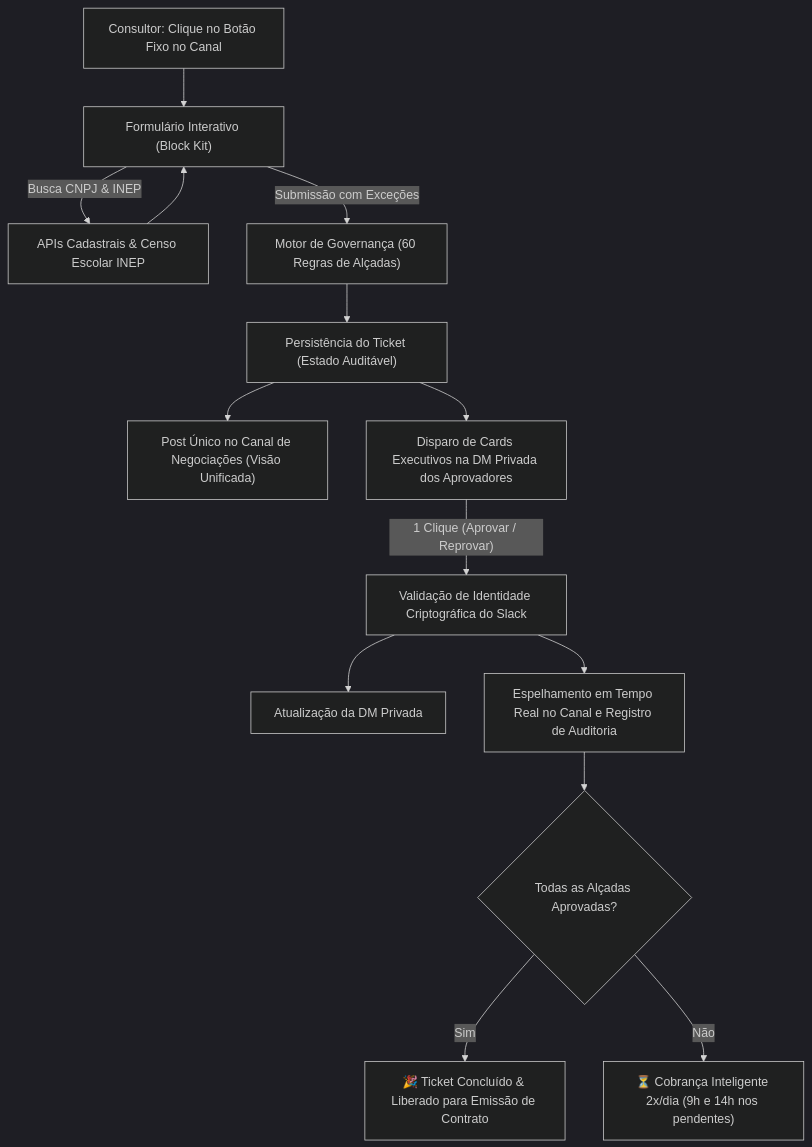
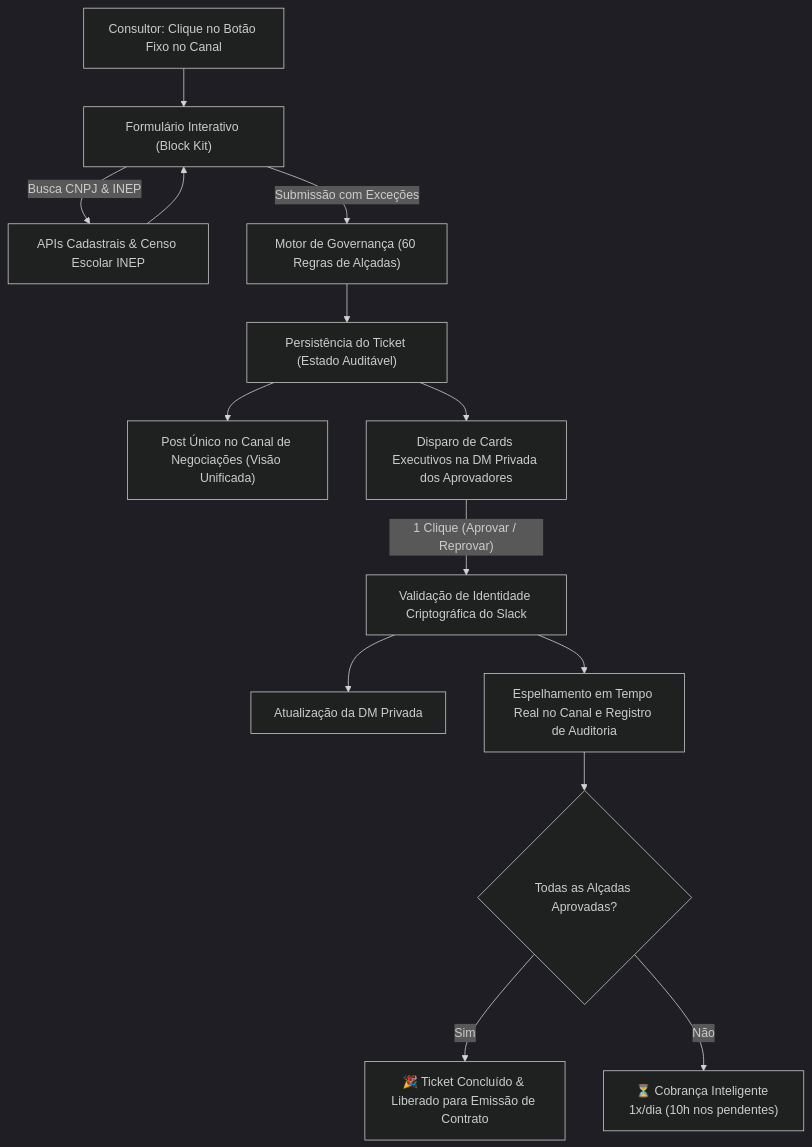
Before and after one commit to angelijd/DeAcordo: the diagram in README.md, drawn with Mermaid (dark theme). The commit also changed other lines of this file and 6 other files, not shown here.

````diff
--- a/README.md
+++ b/README.md
@@ -20,19 +20,19 @@
 ```mermaid
 graph TD
     A["Consultor: Clique no Botão Fixo no Canal"] --> B["Formulário Interativo (Block Kit)"]
     B -- "Busca CNPJ & INEP" --> C["APIs Cadastrais & Censo Escolar INEP"]
     C --> B
     B -- "Submissão com Exceções" --> D["Motor de Governança (60 Regras de Alçadas)"]
     
     D --> E["Persistência do Ticket (Estado Auditável)"]
     E --> F["Post Único no Canal de Negociações (Visão Unificada)"]
     E --> G["Disparo de Cards Executivos na DM Privada dos Aprovadores"]
     
     G -- "1 Clique (Aprovar / Reprovar)" --> H["Validação de Identidade Criptográfica do Slack"]
     H --> I["Atualização da DM Privada"]
     H --> J["Espelhamento em Tempo Real no Canal e Registro de Auditoria"]
     
     J --> K{"Todas as Alçadas Aprovadas?"}
     K -- "Sim" --> L["🎉 Ticket Concluído & Liberado para Emissão de Contrato"]
-    K -- "Não" --> M["⏳ Cobrança Inteligente 2x/dia (9h e 14h nos pendentes)"]
+    K -- "Não" --> M["⏳ Cobrança Inteligente 1x/dia (10h nos pendentes)"]
 ```
````
